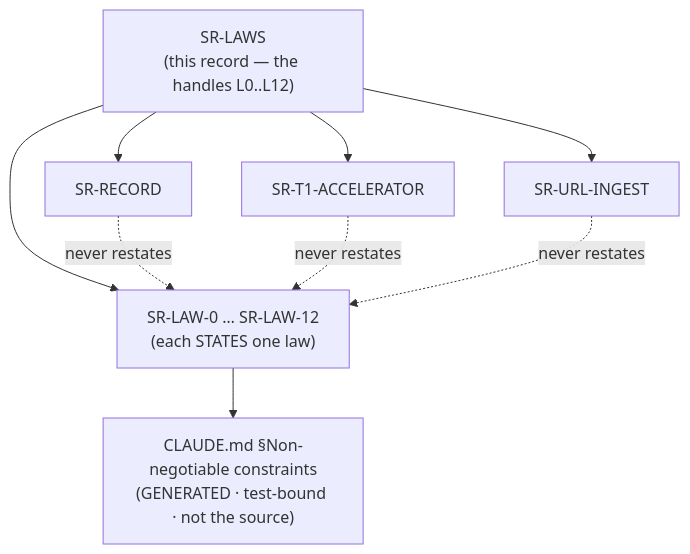
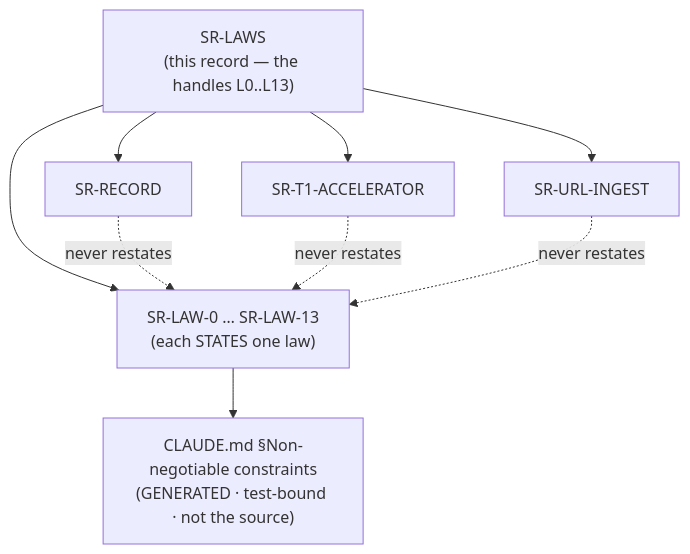
The diagram in records/0001_LAWS.md (arpitarya/fux), drawn with Mermaid before and after one commit. The commit also changed other lines of this file and 49 other files, not shown here.

````diff
--- a/records/0001_LAWS.md
+++ b/records/0001_LAWS.md
@@ -88,17 +89,17 @@
 ```mermaid
 flowchart TD
-    N["SR-LAWS<br/>(this record — the handles L0..L12)"]
-    W["SR-LAW-0 … SR-LAW-12<br/>(each STATES one law)"]
+    N["SR-LAWS<br/>(this record — the handles L0..L13)"]
+    W["SR-LAW-0 … SR-LAW-13<br/>(each STATES one law)"]
     L["CLAUDE.md §Non-negotiable constraints<br/>(GENERATED · test-bound · not the source)"]
     A["SR-RECORD"]
     B["SR-T1-ACCELERATOR"]
     C["SR-URL-INGEST"]
     N --> W
     W --> L
     N --> A
     N --> B
     N --> C
     A -. "never restates" .-> W
     B -. "never restates" .-> W
     C -. "never restates" .-> W
 ```
````
